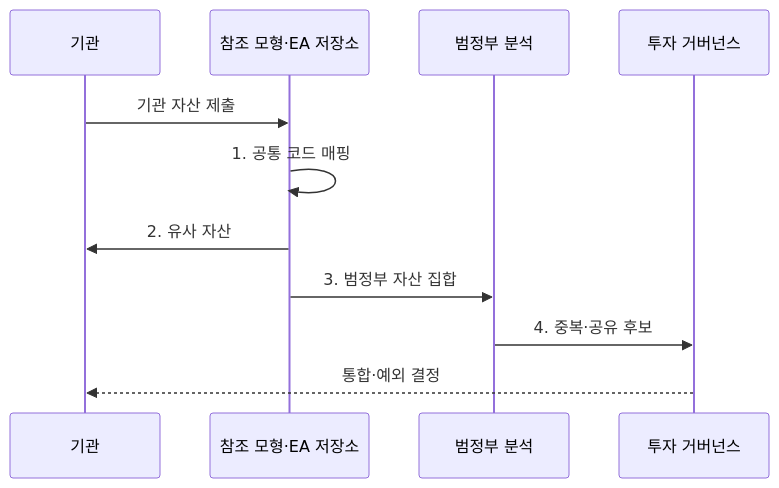
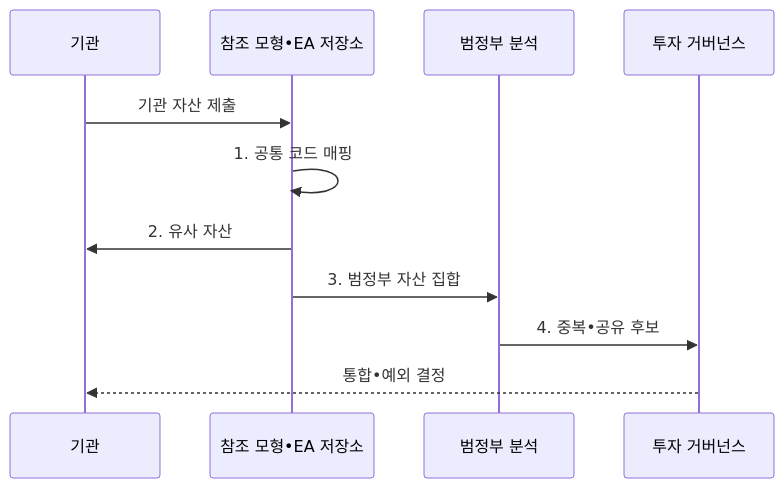
Before and after one commit to agnusdei1207/knowledge-base: the second of 2 diagrams in src/content/docs/notes/03-software/190_government_ea_trm_drm.md, drawn with Mermaid. The commit also changed other lines of this file and 953 other files, not shown here.

````diff
--- a/src/content/docs/notes/03-software/190_government_ea_trm_drm.md
+++ b/src/content/docs/notes/03-software/190_government_ea_trm_drm.md
@@ -103,13 +103,13 @@
 ```mermaid
 sequenceDiagram
     participant I as 기관
-    participant M as 참조 모형·EA 저장소
+    participant M as 참조 모형•EA 저장소
     participant A as 범정부 분석
     participant G as 투자 거버넌스
     I->>M: 기관 자산 제출
     M->>M: 1. 공통 코드 매핑
     M->>I: 2. 유사 자산
     M->>A: 3. 범정부 자산 집합
-    A->>G: 4. 중복·공유 후보
-    G-->>I: 통합·예외 결정
+    A->>G: 4. 중복•공유 후보
+    G-->>I: 통합•예외 결정
 ```
````
